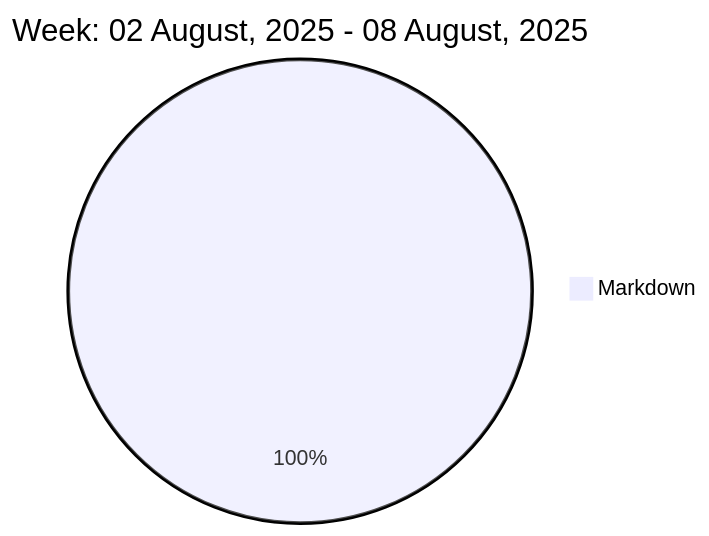
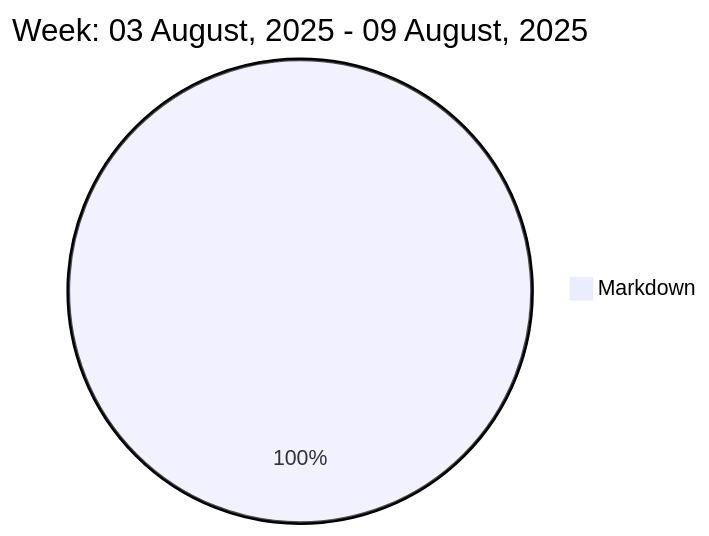
The diagram in README.md (liubin95/liubin95), drawn with Mermaid before and after one commit.

Commit message:
Updated the Graph with new Metrics

````diff
--- a/README.md
+++ b/README.md
@@ -37,5 +37,5 @@
 ```mermaid
  pie
-title Week: 02 August, 2025 - 08 August, 2025
+title Week: 03 August, 2025 - 09 August, 2025
  "Markdown" : 1.9
 ```
````
